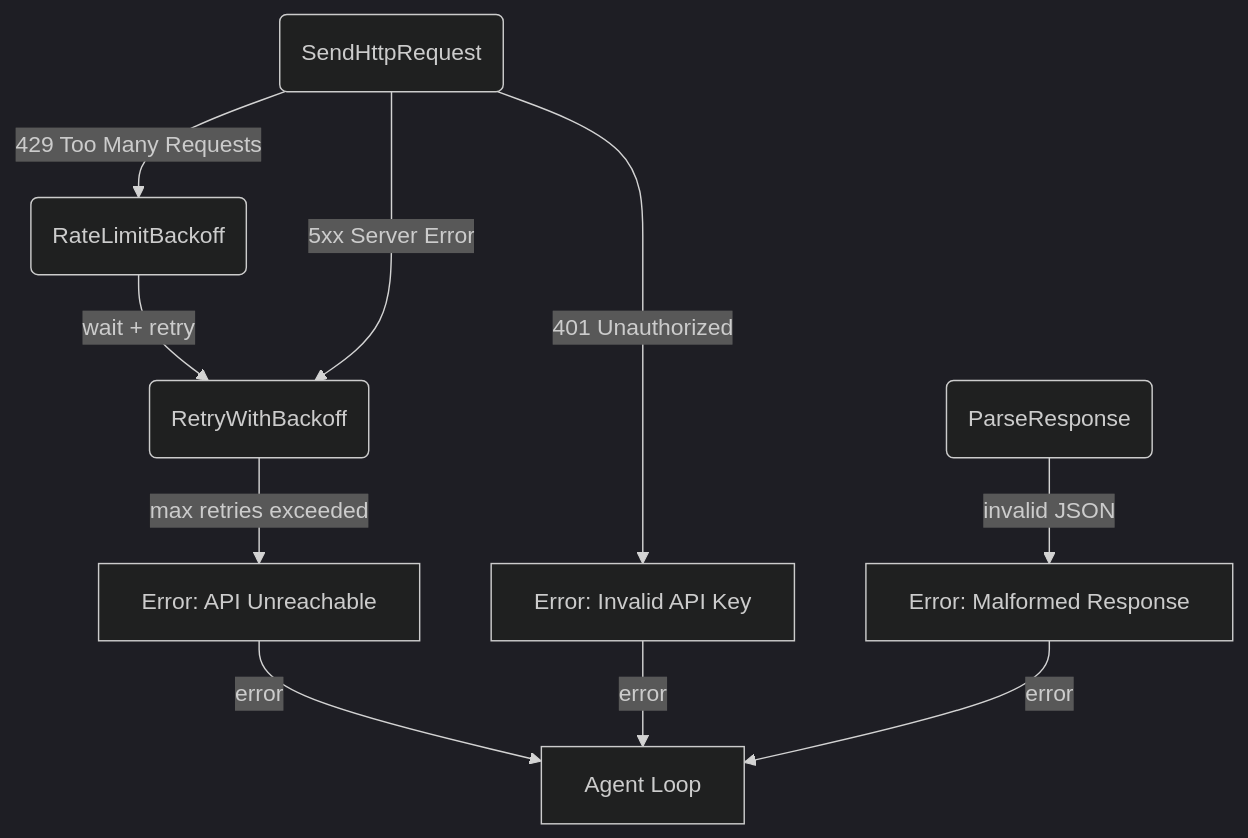
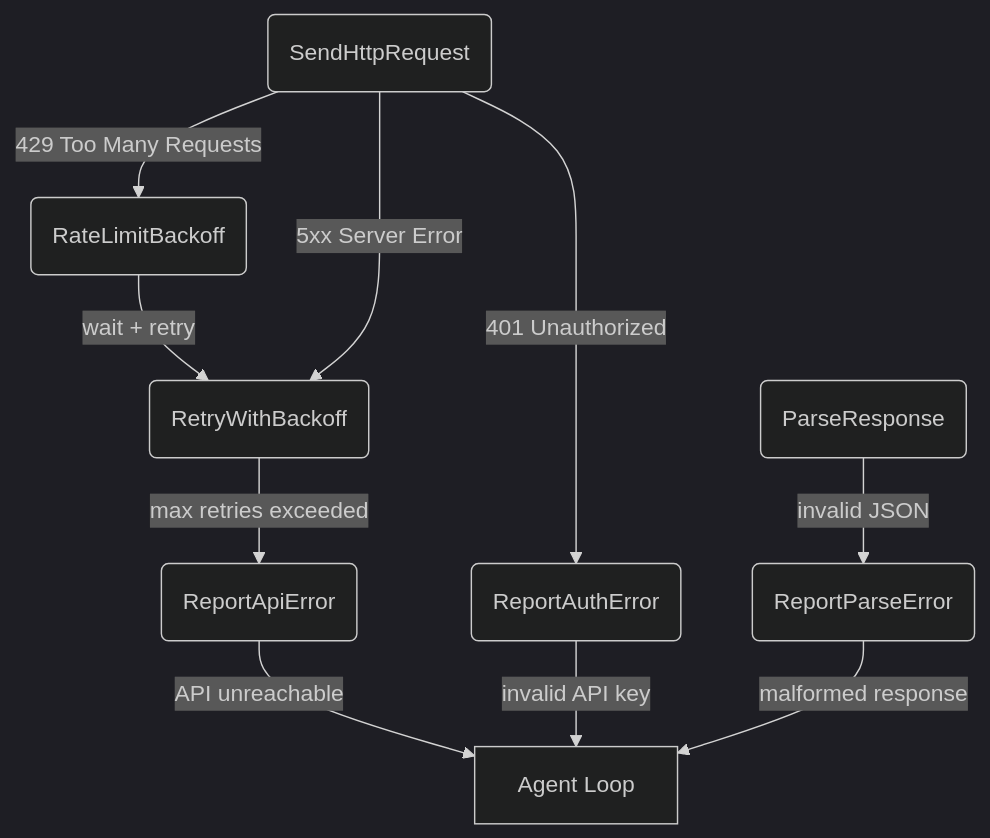
Before and after one commit to cosmoswafer/rockbot: the second of 3 diagrams in _dfds/ai-provider.md, drawn with Mermaid (dark theme). The commit also changed other lines of this file and 2 other files, not shown here.

Commit message:
refactor(dfd): align diagrams with Python implementation

````diff
--- a/_dfds/ai-provider.md
+++ b/_dfds/ai-provider.md
@@ -46,21 +44,21 @@
 ```mermaid
 flowchart TD
     HTTP(SendHttpRequest)
     PARSE(ParseResponse)
     RATE(RateLimitBackoff)
     RETRY(RetryWithBackoff)
-    ERR_API[Error: API Unreachable]
-    ERR_PARSE[Error: Malformed Response]
-    ERR_AUTH[Error: Invalid API Key]
+    REPORT_API(ReportApiError)
+    REPORT_PARSE(ReportParseError)
+    REPORT_AUTH(ReportAuthError)
     AGENT[Agent Loop]
 
     HTTP -->|"429 Too Many Requests"| RATE
     RATE -->|"wait + retry"| RETRY
     HTTP -->|"5xx Server Error"| RETRY
-    RETRY -->|"max retries exceeded"| ERR_API
-    HTTP -->|"401 Unauthorized"| ERR_AUTH
-    PARSE -->|"invalid JSON"| ERR_PARSE
-    ERR_API -->|"error"| AGENT
-    ERR_AUTH -->|"error"| AGENT
-    ERR_PARSE -->|"error"| AGENT
+    RETRY -->|"max retries exceeded"| REPORT_API
+    HTTP -->|"401 Unauthorized"| REPORT_AUTH
+    PARSE -->|"invalid JSON"| REPORT_PARSE
+    REPORT_API -->|"API unreachable"| AGENT
+    REPORT_AUTH -->|"invalid API key"| AGENT
+    REPORT_PARSE -->|"malformed response"| AGENT
 ```
````
